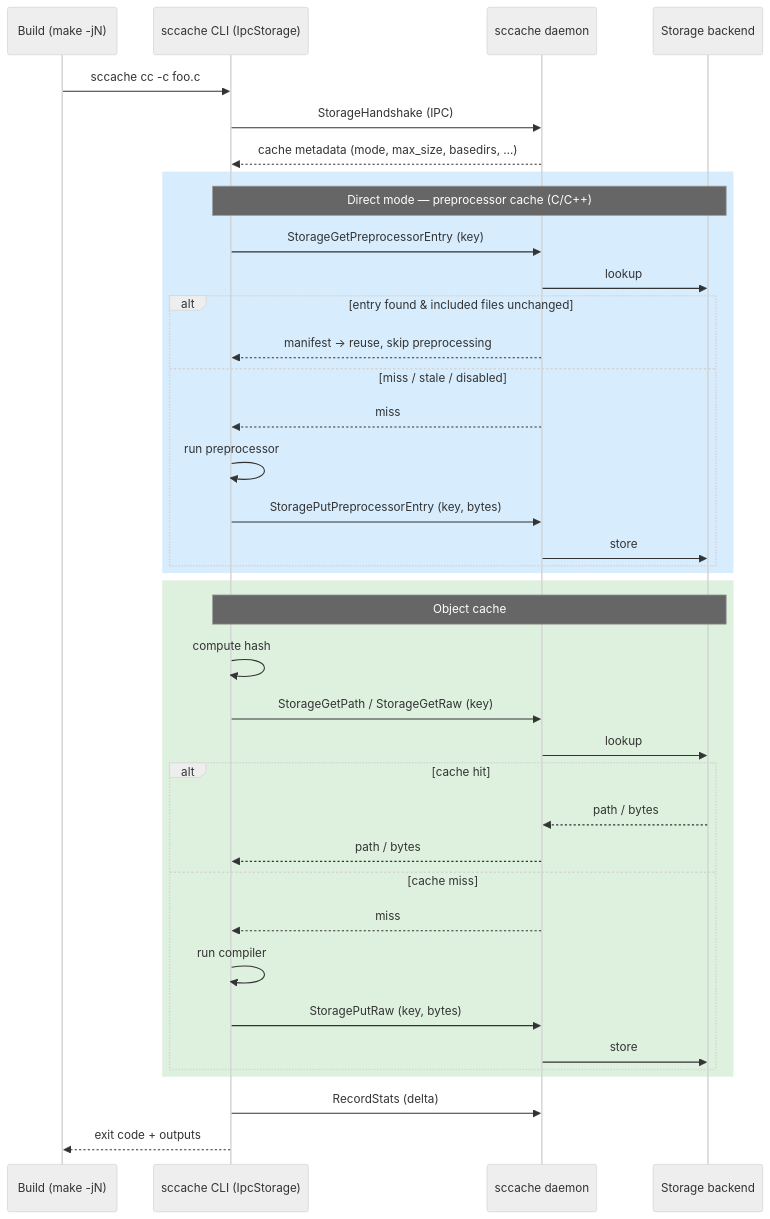
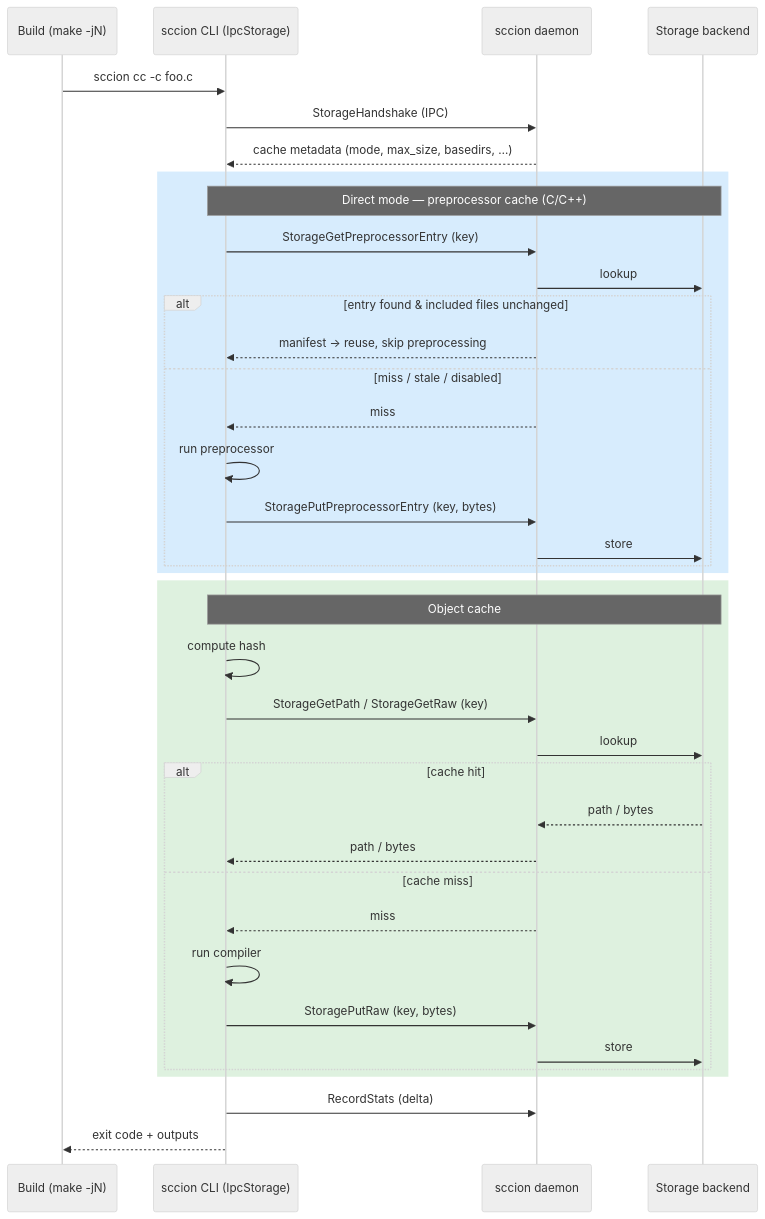
Before and after one commit to natyamatsya/sccion: the third of 3 diagrams in docs/Architecture.md, drawn with Mermaid (neutral theme). The commit also changed other lines of this file and 85 other files, not shown here.

````diff
--- a/docs/Architecture.md
+++ b/docs/Architecture.md
@@ -115,40 +115,40 @@
 ```mermaid
   sequenceDiagram
       participant B as Build (make -jN)
-      participant C as sccache CLI (IpcStorage)
-      participant D as sccache daemon
+      participant C as sccion CLI (IpcStorage)
+      participant D as sccion daemon
       participant S as Storage backend
-      B->>C: sccache cc -c foo.c
+      B->>C: sccion cc -c foo.c
       C->>D: StorageHandshake (IPC)
       D-->>C: cache metadata (mode, max_size, basedirs, …)
       rect rgba(33, 150, 243, 0.18)
           note over C,S: Direct mode — preprocessor cache (C/C++)
           C->>D: StorageGetPreprocessorEntry (key)
           D->>S: lookup
           alt entry found & included files unchanged
               D-->>C: manifest → reuse, skip preprocessing
           else miss / stale / disabled
               D-->>C: miss
               C->>C: run preprocessor
               C->>D: StoragePutPreprocessorEntry (key, bytes)
               D->>S: store
           end
       end
       rect rgba(76, 175, 80, 0.18)
           note over C,S: Object cache
           C->>C: compute hash
           C->>D: StorageGetPath / StorageGetRaw (key)
           D->>S: lookup
           alt cache hit
               S-->>D: path / bytes
               D-->>C: path / bytes
           else cache miss
               D-->>C: miss
               C->>C: run compiler
               C->>D: StoragePutRaw (key, bytes)
               D->>S: store
           end
       end
       C->>D: RecordStats (delta)
       C-->>B: exit code + outputs
 ```
````
